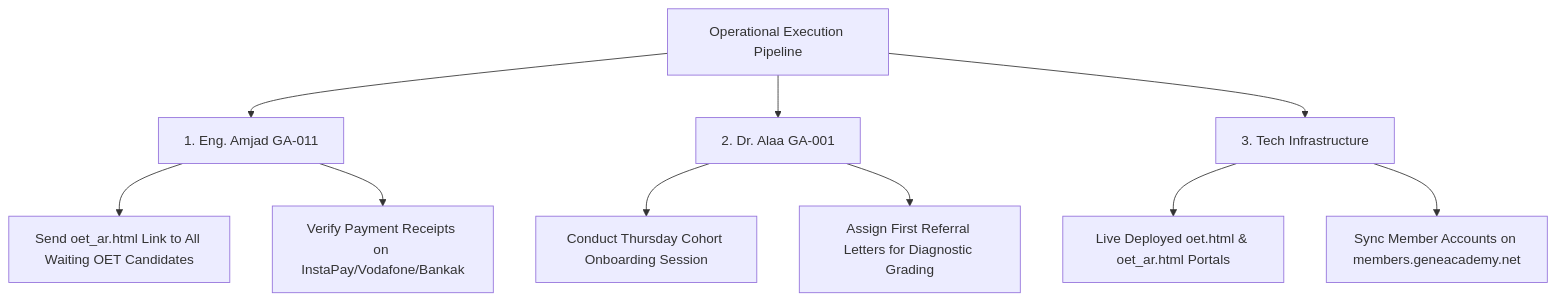
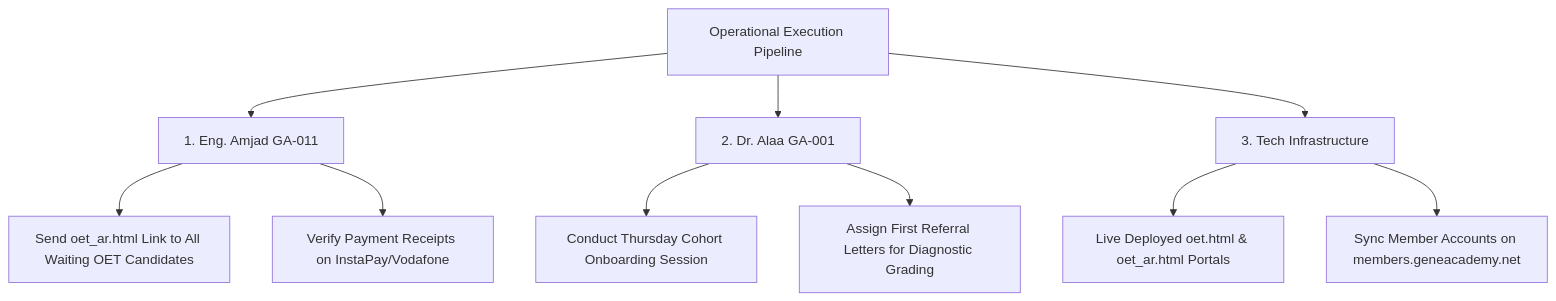
Before and after one commit to geneacademy-dotnet/GemIInI_Sovereign_Platform: the second of 2 diagrams in OPS_CHAT_ANALYZER.md, drawn with Mermaid. The commit also changed other lines of this file and 15 other files, not shown here.

Commit message:
feat(oet): integrate production 3-track syllabus, GP ledger v2.0, dynamic USD financing engine, and remove Bankak from all payment rails

````diff
--- a/OPS_CHAT_ANALYZER.md
+++ b/OPS_CHAT_ANALYZER.md
@@ -78,15 +76,15 @@
 ```mermaid
 graph TD
     A[Operational Execution Pipeline] --> B[1. Eng. Amjad GA-011]
     A --> C[2. Dr. Alaa GA-001]
     A --> D[3. Tech Infrastructure]
 
     B --> B1[Send oet_ar.html Link to All Waiting OET Candidates]
-    B --> B2[Verify Payment Receipts on InstaPay/Vodafone/Bankak]
+    B --> B2[Verify Payment Receipts on InstaPay/Vodafone]
 
     C --> C1[Conduct Thursday Cohort Onboarding Session]
     C --> C2[Assign First Referral Letters for Diagnostic Grading]
 
     D --> D1[Live Deployed oet.html & oet_ar.html Portals]
     D --> D2[Sync Member Accounts on members.geneacademy.net]
 ```
````
